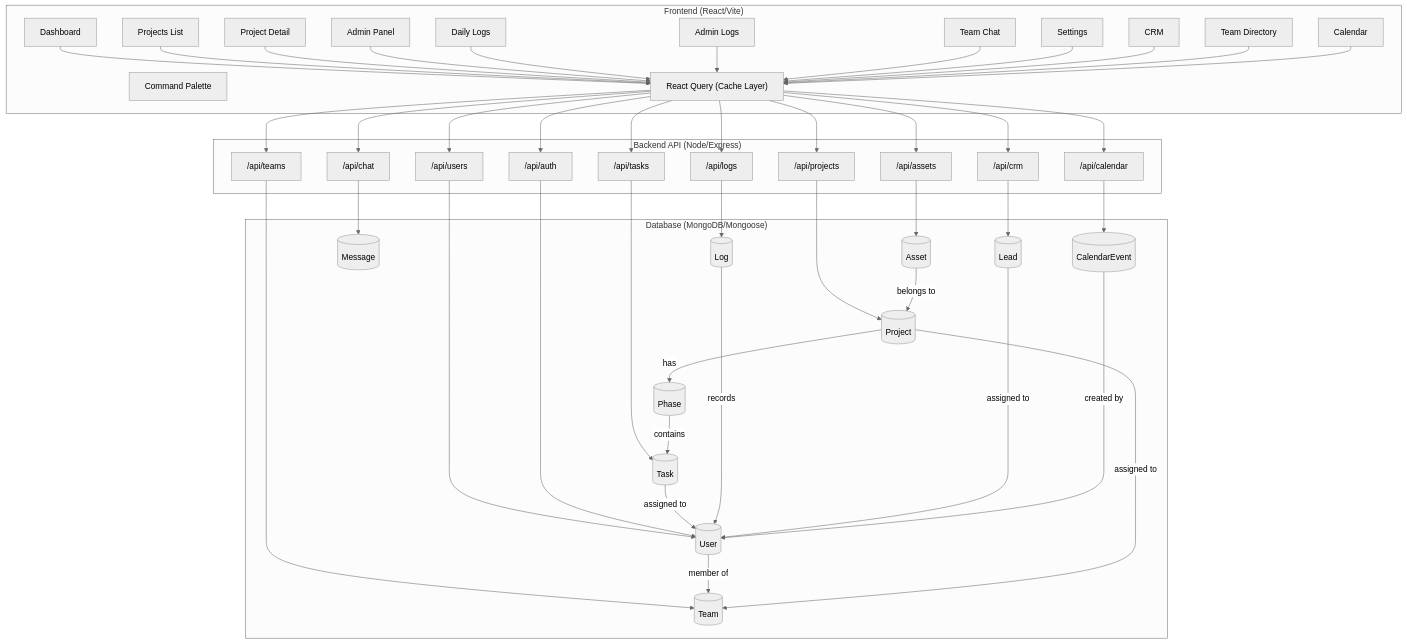
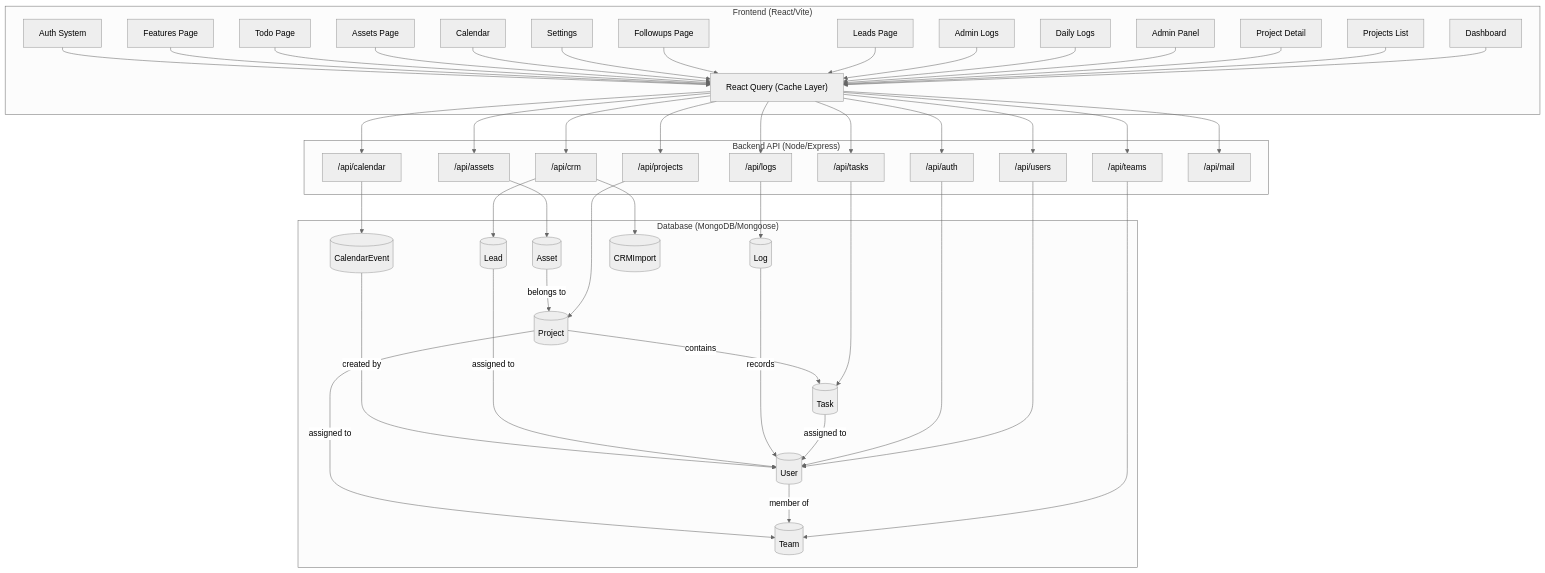
One commit to RaghavSobti37/Taskmaster changed the diagram in agentic_memory/architecture_map.md. Above: the diagram before and after it, drawn with Mermaid (neutral theme). The commit also changed other lines of this file and 70 other files, not shown here.

Commit message:
fix: resolve FollowupsPage Users error and implement Admin automailer and user updates

````diff
--- a/agentic_memory/architecture_map.md
+++ b/agentic_memory/architecture_map.md
@@ -7,68 +7,67 @@
 ```mermaid
 graph TD
     subgraph Frontend ["Frontend (React/Vite)"]
         D[Dashboard]
         PL[Projects List]
         PD[Project Detail]
         AP[Admin Panel]
         DL[Daily Logs]
         AL[Admin Logs]
-        CH[Team Chat]
+        LP[Leads Page]
+        FP[Followups Page]
         ST[Settings]
-        CRM_F[CRM]
-        TV[Team Directory]
         CV[Calendar]
-        CP[Command Palette]
+        AS[Assets Page]
+        TP[Todo Page]
+        FE[Features Page]
+        AUTH[Auth System]
         RQ["React Query (Cache Layer)"]
     end
 
     subgraph API ["Backend API (Node/Express)"]
         T_API["/api/tasks"]
         P_API["/api/projects"]
         U_API["/api/users"]
         L_API["/api/logs"]
         A_API["/api/auth"]
         TM_API["/api/teams"]
-        C_API["/api/chat"]
         CR_API["/api/crm"]
         AS_API["/api/assets"]
         CAL_API["/api/calendar"]
+        M_API["/api/mail"]
     end
 
     subgraph Models ["Database (MongoDB/Mongoose)"]
         M_Task[(Task)]
         M_Project[(Project)]
         M_User[(User)]
         M_Log[(Log)]
-        M_Phase[(Phase)]
         M_Team[(Team)]
-        M_Message[(Message)]
         M_Lead[(Lead)]
         M_Asset[(Asset)]
         M_Event[(CalendarEvent)]
+        M_Batch[(CRMImport)]
     end
 
-    D & PL & PD & AP & DL & AL & CH & ST & CRM_F & TV & CV --> RQ
-    RQ --> T_API & P_API & U_API & L_API & A_API & TM_API & C_API & CR_API & AS_API & CAL_API
+    D & PL & PD & AP & DL & AL & LP & FP & ST & CV & AS & TP & FE & AUTH --> RQ
+    RQ --> T_API & P_API & U_API & L_API & A_API & TM_API & CR_API & AS_API & CAL_API & M_API
 
     T_API --> M_Task
     P_API --> M_Project
     U_API --> M_User
     L_API --> M_Log
     A_API --> M_User
     TM_API --> M_Team
-    C_API --> M_Message
-    CR_API --> M_Lead
+    CR_API --> M_Lead & M_Batch
     AS_API --> M_Asset
     CAL_API --> M_Event
 
-    M_Project -- "has" --> M_Phase
-    M_Phase -- "contains" --> M_Task
+    M_Project -- "contains" --> M_Task
     M_Task -- "assigned to" --> M_User
     M_User -- "member of" --> M_Team
     M_Project -- "assigned to" --> M_Team
     M_Log -- "records" --> M_User
     M_Asset -- "belongs to" --> M_Project
     M_Lead -- "assigned to" --> M_User
     M_Event -- "created by" --> M_User
 ```
````
